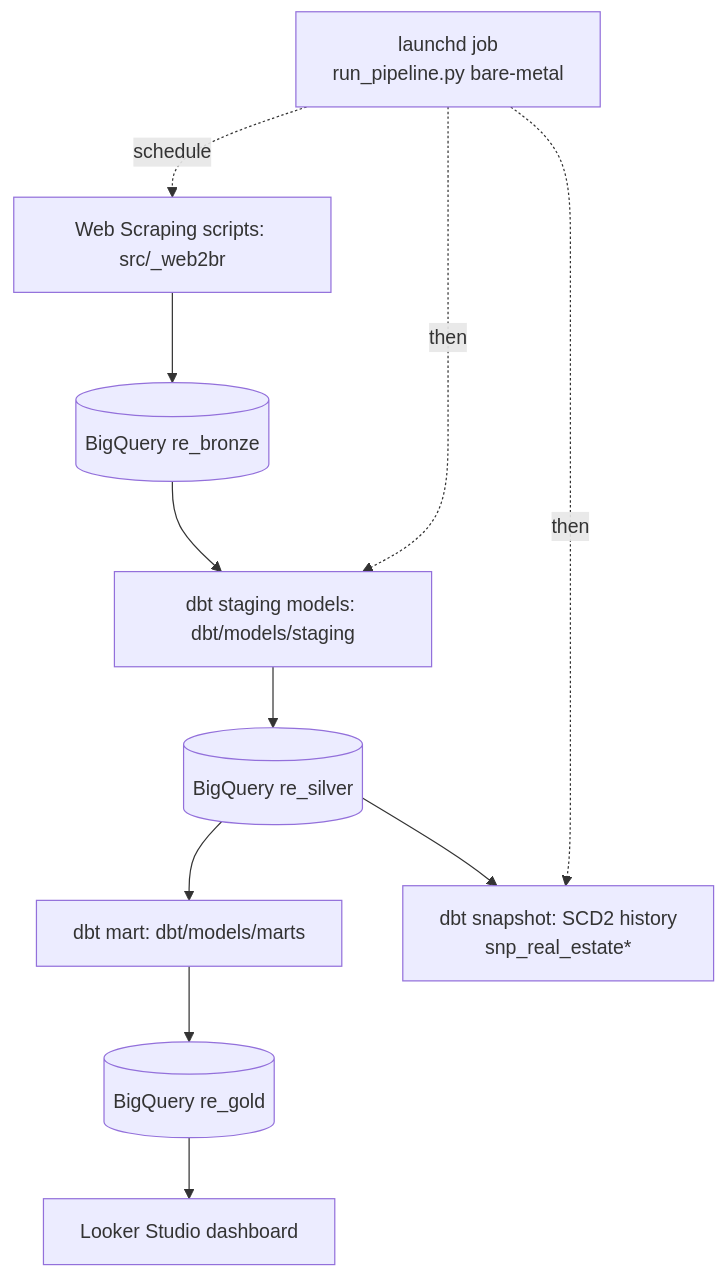
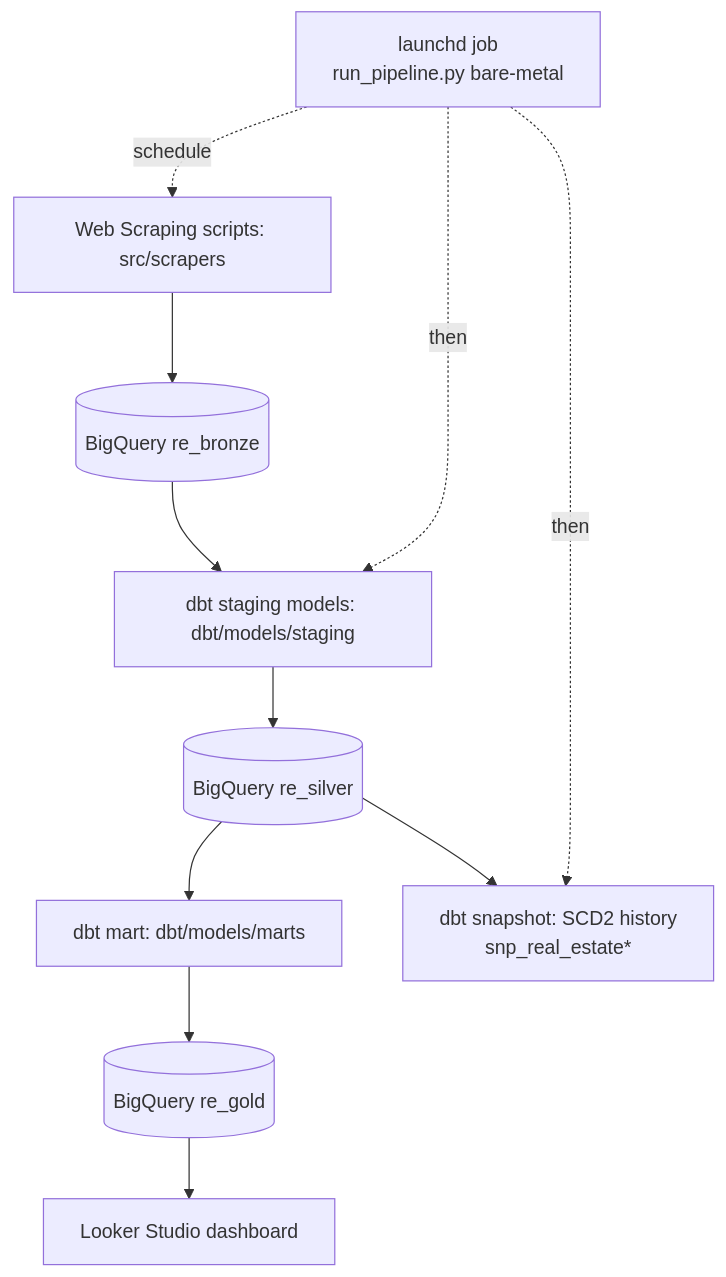
The diagram in README.md (DataSpi/scrape-batdongsan-data), drawn with Mermaid before and after one commit. The commit also changed 20 other files, not shown here.

First line of the commit message:
refactor: name src/ packages by role (scrapers, geocode)

````diff
--- a/README.md
+++ b/README.md
@@ -26,15 +26,15 @@
 ```mermaid
 graph TD
-  A[Web Scraping scripts: src/_web2br] --> B[(BigQuery re_bronze)]
+  A[Web Scraping scripts: src/scrapers] --> B[(BigQuery re_bronze)]
   B --> C[dbt staging models: dbt/models/staging]
   C --> D[(BigQuery re_silver)]
   D --> K[dbt mart: dbt/models/marts]
   K --> L[(BigQuery re_gold)]
   L --> H[Looker Studio dashboard]
 
   D --> S[dbt snapshot: SCD2 history<br/>snp_real_estate*]
 
   J[launchd job<br/>run_pipeline.py bare-metal] -. schedule .-> A
   J -. then .-> C
   J -. then .-> S
 ```
````
